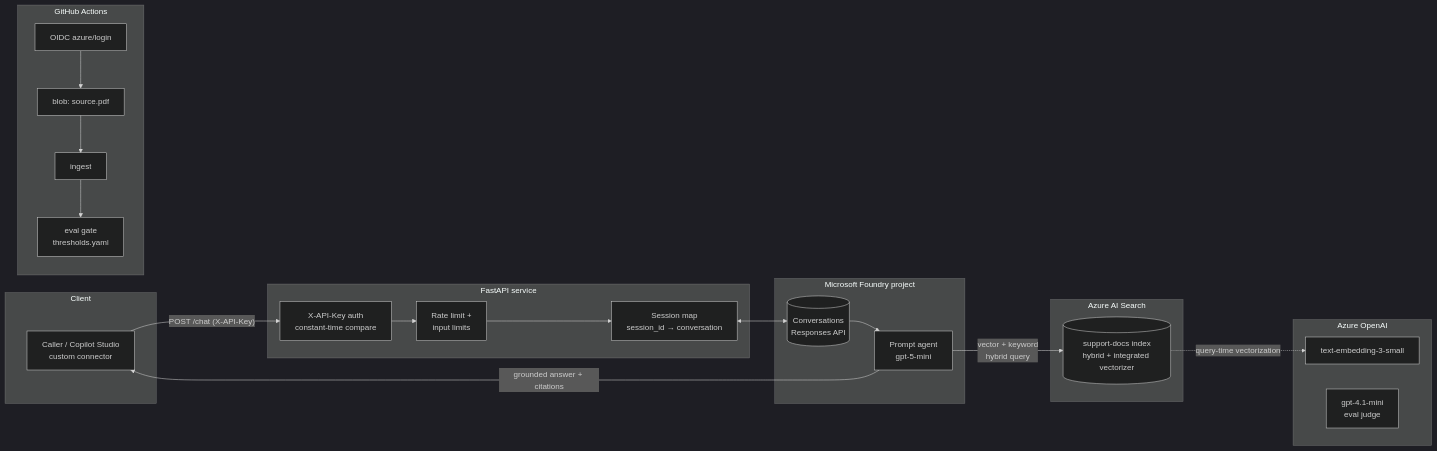
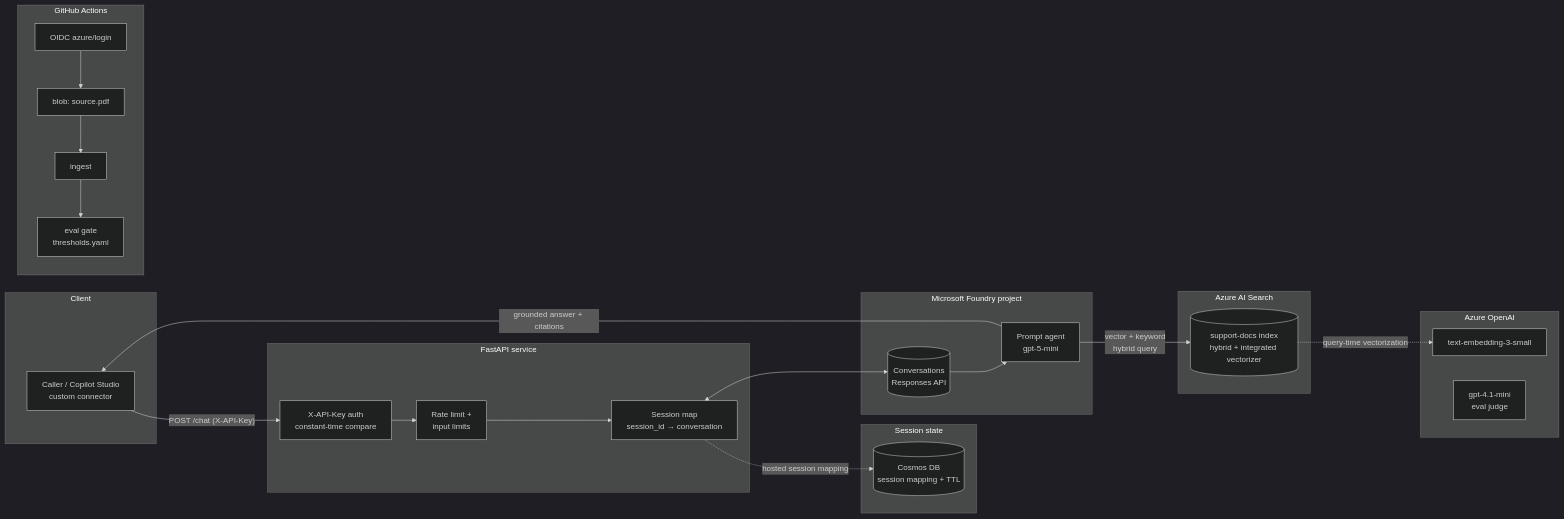
The diagram in README.md (tariqkistan/3040-support-agent), drawn with Mermaid (dark theme) before and after one commit. The commit also changed other lines of this file and 20 other files, not shown here.

````diff
--- a/README.md
+++ b/README.md
@@ -18,37 +18,42 @@
 ```mermaid
 flowchart LR
     subgraph Client
         A[Caller / Copilot Studio\ncustom connector]
+    end
+
+    subgraph State["Session state"]
+        S[(Cosmos DB\nsession mapping + TTL)]
     end
 
     subgraph API["FastAPI service"]
         B[X-API-Key auth\nconstant-time compare]
         C[Rate limit +\ninput limits]
         D[Session map\nsession_id → conversation]
     end
 
     subgraph Foundry["Microsoft Foundry project"]
         E[Prompt agent\ngpt-5-mini]
         F[(Conversations\nResponses API)]
     end
 
     subgraph Search["Azure AI Search"]
         G[(support-docs index\nhybrid + integrated vectorizer)]
     end
 
     subgraph OpenAI["Azure OpenAI"]
         H[text-embedding-3-small]
         I[gpt-4.1-mini\neval judge]
     end
 
     A -- "POST /chat (X-API-Key)" --> B --> C --> D
     D <--> F
+    D -. "hosted session mapping" .-> S
     F --> E
     E -- "vector + keyword\nhybrid query" --> G
     G -. "query-time vectorization" .-> H
     E -- "grounded answer + citations" --> A
 
     subgraph CI["GitHub Actions"]
         J[OIDC azure/login] --> K[blob: source.pdf] --> L[ingest] --> M[eval gate\nthresholds.yaml]
     end
 ```
````
